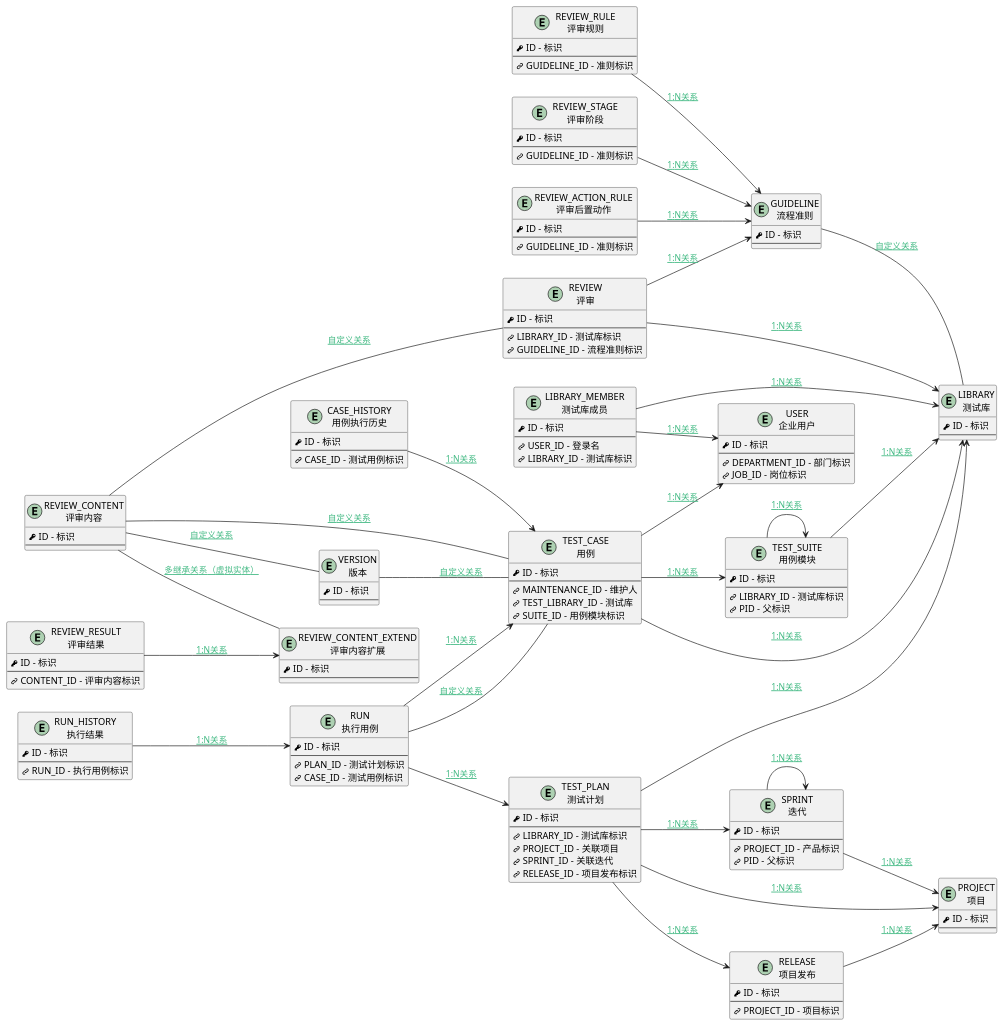
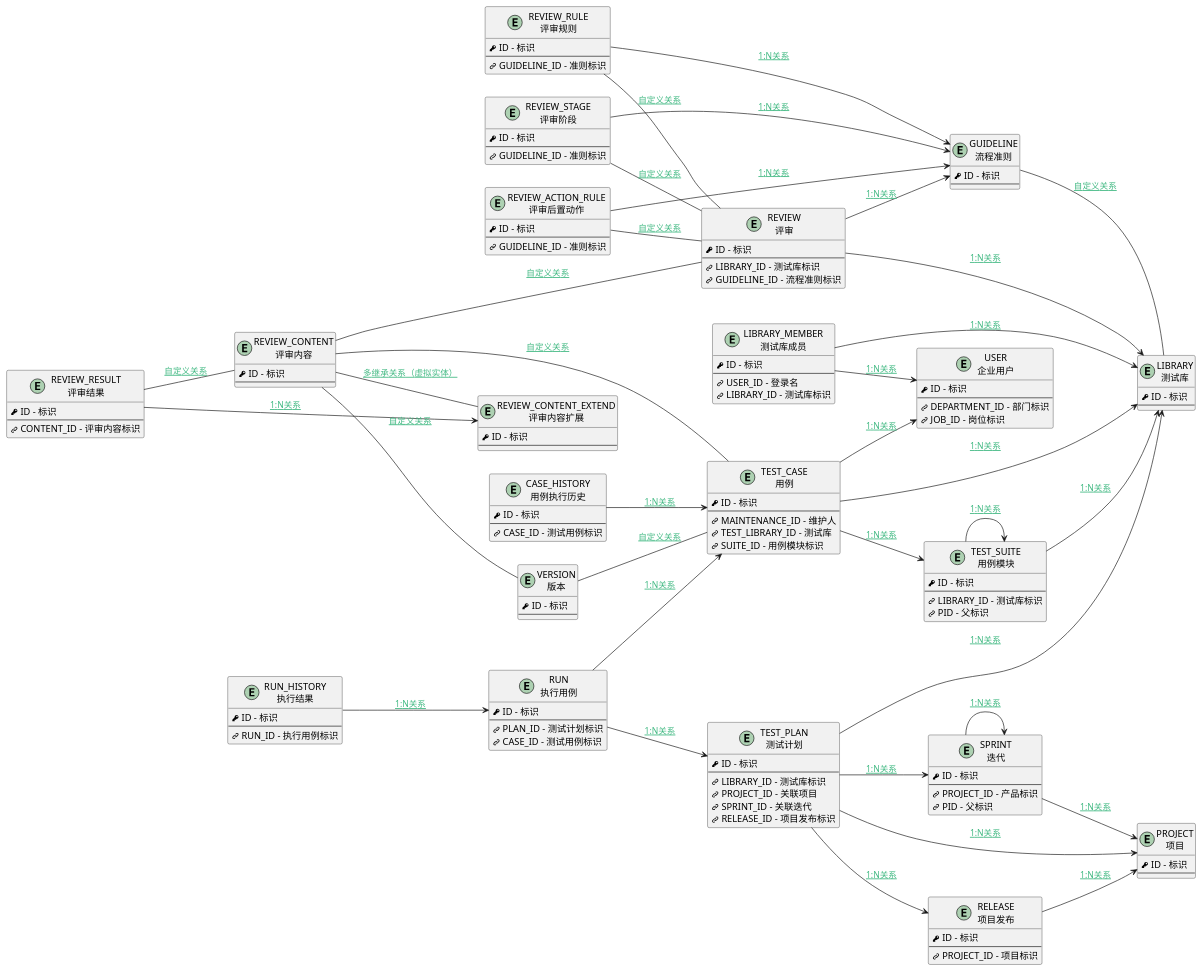
One commit to iBizLab/plm changed the diagram in doc/docsify/er/test_mgmt.md. Above: the diagram before and after it, drawn with PlantUML. The commit also changed 1068 other files, not shown here.

```diff
--- a/doc/docsify/er/test_mgmt.md
+++ b/doc/docsify/er/test_mgmt.md
@@ -136,6 +136,10 @@
 TEST_PLAN--> PROJECT : [[$../der/DER1N_TEST_PLAN_PROJECT_PROJECT_ID{DER1N_TEST_PLAN_PROJECT_PROJECT_ID} 1:N关系]]
 TEST_PLAN--> RELEASE : [[$../der/DER1N_TEST_PLAN_RELEASE_RELEASE_ID{DER1N_TEST_PLAN_RELEASE_RELEASE_ID} 1:N关系]]
 REVIEW_CONTENT-- REVIEW : [[$../der/DERCUSTOM_REVIEW_CONTENT_REVIEW{DERCUSTOM_REVIEW_CONTENT_REVIEW} 自定义关系]]
+REVIEW_ACTION_RULE-- REVIEW : [[$../der/DERCUSTOM_REVIEW_REVIEW_ACTION_RULE_ACTION_RULE{DERCUSTOM_REVIEW_REVIEW_ACTION_RULE_ACTION_RULE} 自定义关系]]
+REVIEW_RULE-- REVIEW : [[$../der/DERCUSTOM_REVIEW_REVIEW_RULE_RULE{DERCUSTOM_REVIEW_REVIEW_RULE_RULE} 自定义关系]]
+REVIEW_STAGE-- REVIEW : [[$../der/DERCUSTOM_REVIEW_REVIEW_STAGE_STAGE{DERCUSTOM_REVIEW_REVIEW_STAGE_STAGE} 自定义关系]]
+REVIEW_RESULT-- REVIEW_CONTENT : [[$../der/DERCUSTOM_REVIEW_RESULT_REVIEW_CONTENT_CONTENT_ID{DERCUSTOM_REVIEW_RESULT_REVIEW_CONTENT_CONTENT_ID} 自定义关系]]
 REVIEW_RESULT--> REVIEW_CONTENT_EXTEND : [[$../der/DER1N_REVIEW_RESULT_REVIEW_CONTENT_EXTEND_CONTENT_ID{DER1N_REVIEW_RESULT_REVIEW_CONTENT_EXTEND_CONTENT_ID} 1:N关系]]
 REVIEW_CONTENT-- REVIEW_CONTENT_EXTEND : [[$../der/DERMULINH_REVIEW_CONTENT_REVIEW_CONTENT_EXTEND{DERMULINH_REVIEW_CONTENT_REVIEW_CONTENT_EXTEND} 多继承关系（虚拟实体）]]
 RUN_HISTORY--> RUN : [[$../der/DER1N_RUN_HISTORY_RUN_RUN_ID{DER1N_RUN_HISTORY_RUN_RUN_ID} 1:N关系]]
@@ -144,7 +148,6 @@
 CASE_HISTORY--> TEST_CASE : [[$../der/DER1N_CASE_HISTORY_TEST_CASE_CASE_ID{DER1N_CASE_HISTORY_TEST_CASE_CASE_ID} 1:N关系]]
 RUN--> TEST_CASE : [[$../der/DER1N_RUN_TEST_CASE_CASE_ID{DER1N_RUN_TEST_CASE_CASE_ID} 1:N关系]]
 REVIEW_CONTENT-- TEST_CASE : [[$../der/DERCUSTOM_TEST_CASE_REVIEW_CONTENT{DERCUSTOM_TEST_CASE_REVIEW_CONTENT} 自定义关系]]
-RUN-- TEST_CASE : [[$../der/DERCUSTOM_TEST_CASE_RUN{DERCUSTOM_TEST_CASE_RUN} 自定义关系]]
 VERSION-- TEST_CASE : [[$../der/DERCUSTOM_VERSION_TEST_CASE{DERCUSTOM_VERSION_TEST_CASE} 自定义关系]]
 RUN--> TEST_PLAN : [[$../der/DER1N_RUN_TEST_PLAN_PLAN_ID{DER1N_RUN_TEST_PLAN_PLAN_ID} 1:N关系]]
 TEST_CASE--> TEST_SUITE : [[$../der/DER1N_TEST_CASE_TEST_SUITE_SUITE_ID{DER1N_TEST_CASE_TEST_SUITE_SUITE_ID} 1:N关系]]
```
